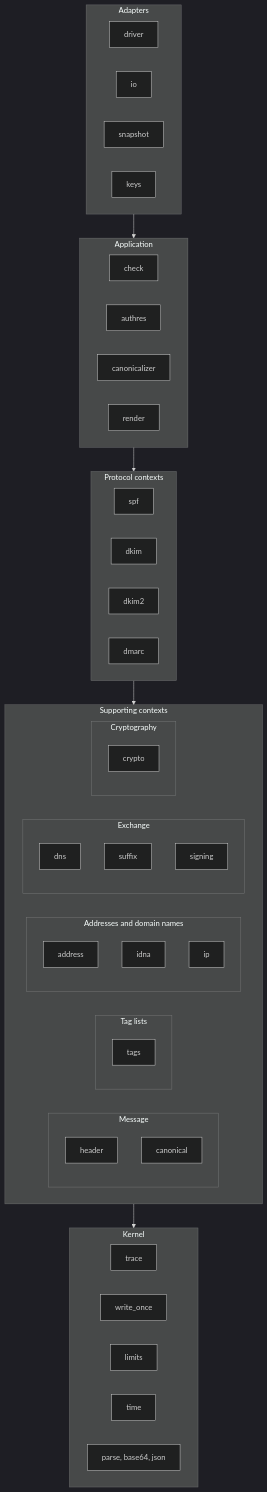
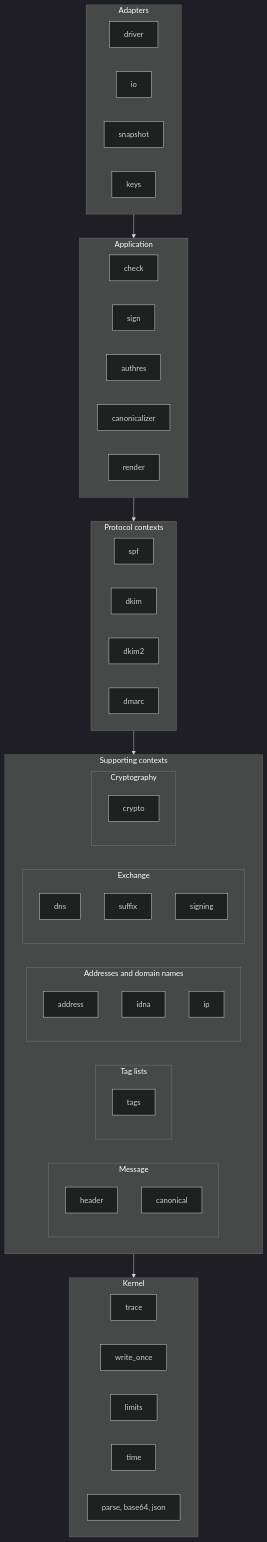
The first of 4 diagrams in docs/reference/design/modules.md (photom/hallmark), drawn with Mermaid (dark theme) before and after one commit. The commit also changed other lines of this file and 48 other files, not shown here.

````diff
--- a/docs/reference/design/modules.md
+++ b/docs/reference/design/modules.md
@@ -21,54 +22,55 @@
 ```mermaid
 flowchart TB
     subgraph adapters["Adapters"]
         driver["driver"]
         io["io"]
         snapshot["snapshot"]
         keys["keys"]
     end
     subgraph application["Application"]
         check["check"]
+        sign["sign"]
         authres["authres"]
         canonicalizer["canonicalizer"]
         render["render"]
     end
     subgraph protocols["Protocol contexts"]
         spf["spf"]
         dkim["dkim"]
         dkim2["dkim2"]
         dmarc["dmarc"]
     end
     subgraph supporting["Supporting contexts"]
         subgraph message["Message"]
             header["header"]
             canonical["canonical"]
         end
         subgraph taglists["Tag lists"]
             tags["tags"]
         end
         subgraph addresses["Addresses and domain names"]
             address["address"]
             idna["idna"]
             ip["ip"]
         end
         subgraph exchange["Exchange"]
             dns["dns"]
             suffix["suffix"]
             signing["signing"]
         end
         subgraph cryptography["Cryptography"]
             crypto["crypto"]
         end
     end
     subgraph kernel["Kernel"]
         trace["trace"]
         writeonce["write_once"]
         limits["limits"]
         time["time"]
         helpers["parse, base64, json"]
     end
     adapters --> application
     application --> protocols
     protocols --> supporting
     supporting --> kernel
 ```
````
